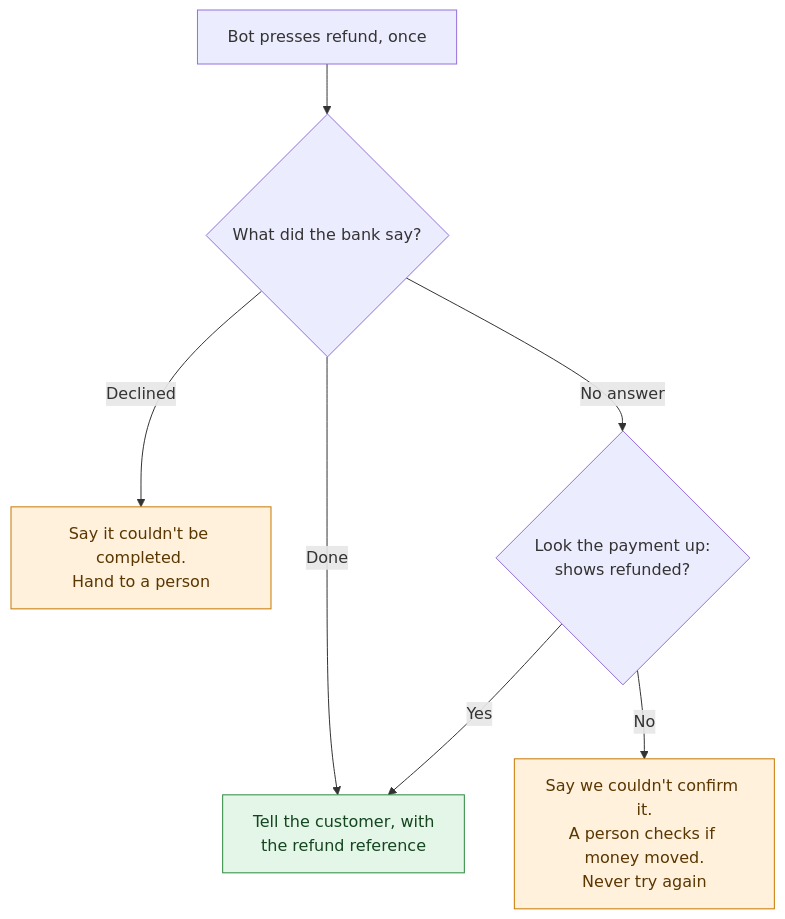
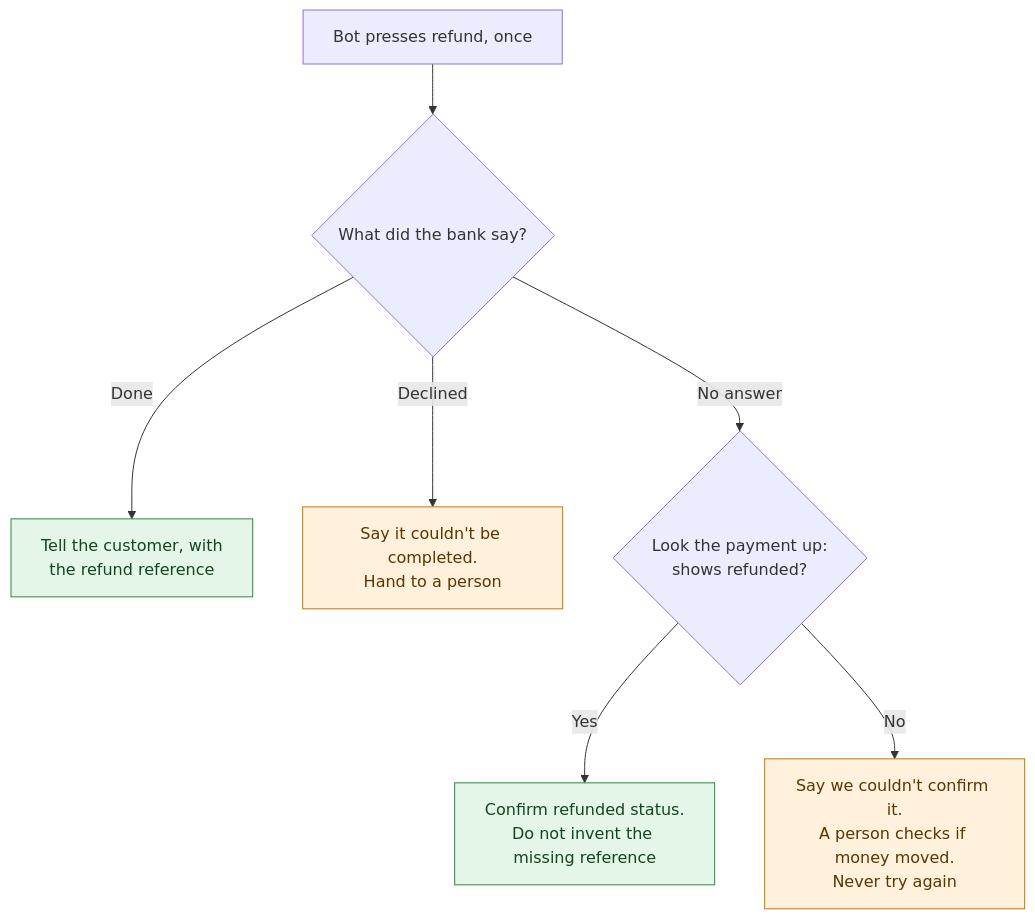
The fourth of 6 diagrams in HOW_IT_WORKS.md (Sohamumap/paylane-support-agent), drawn with Mermaid before and after one commit. The commit also changed other lines of this file and 182 other files, not shown here.

````diff
--- a/HOW_IT_WORKS.md
+++ b/HOW_IT_WORKS.md
@@ -86,14 +86,14 @@
 ```mermaid
 flowchart TD
     R["Bot presses refund, once"] --> A{"What did the bank say?"}
     A -- "Done" --> OK["Tell the customer, with<br/>the refund reference"]
     A -- "Declined" --> NO["Say it couldn't be completed.<br/>Hand to a person"]
     A -- "No answer" --> CHK{"Look the payment up:<br/>shows refunded?"}
-    CHK -- "Yes" --> OK
+    CHK -- "Yes" --> CONF["Confirm refunded status.<br/>Do not invent the missing reference"]
     CHK -- "No" --> UNK["Say we couldn't confirm it.<br/>A person checks if money moved.<br/>Never try again"]
 
     classDef person fill:#fff1dc,stroke:#c77800,color:#5a3600
     classDef money fill:#e3f6e8,stroke:#2b8a3e,color:#14451f
     class NO,UNK person
-    class OK money
+    class OK,CONF money
 ```
````
